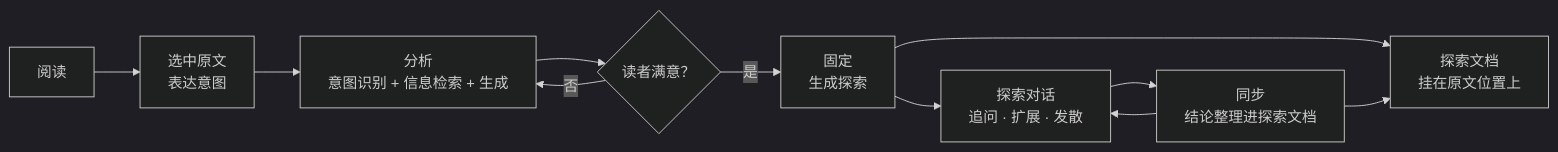
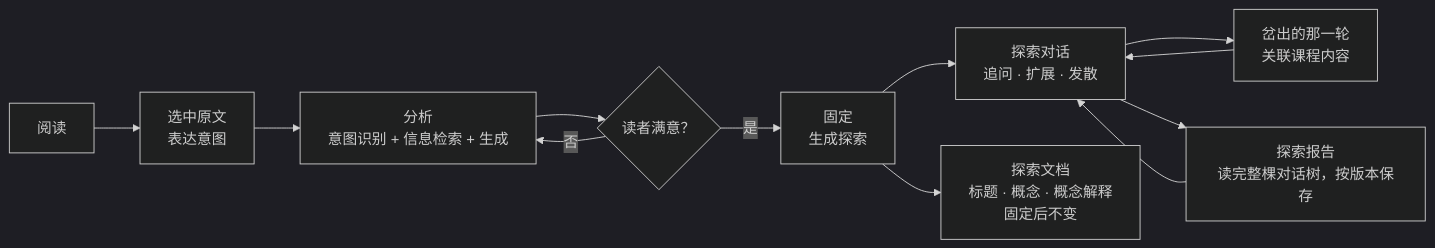
One commit to Bank5y/Keine changed the first of 27 diagrams in docs/tech/Keine_explore_harness_v1.md. Above: the diagram before and after it, drawn with Mermaid (dark theme). The commit also changed other lines of this file and 2 other files, not shown here.

````diff
--- a/docs/tech/Keine_explore_harness_v1.md
+++ b/docs/tech/Keine_explore_harness_v1.md
@@ -66,13 +66,14 @@
 ```mermaid
 flowchart LR
   A["阅读"] --> B["选中原文<br/>表达意图"]
   B --> C["分析<br/>意图识别 + 信息检索 + 生成"]
   C --> D{"读者满意？"}
   D -- 否 --> C
   D -- 是 --> E["固定<br/>生成探索"]
   E --> F["探索对话<br/>追问 · 扩展 · 发散"]
-  F --> G["同步<br/>结论整理进探索文档"]
+  F --> K["岔出的那一轮<br/>关联课程内容"]
+  K --> F
+  F --> G["探索报告<br/>读完整棵对话树，按版本保存"]
   G --> F
-  E --> H["探索文档<br/>挂在原文位置上"]
-  G --> H
+  E --> H["探索文档<br/>标题 · 概念 · 概念解释<br/>固定后不变"]
 ```
````
